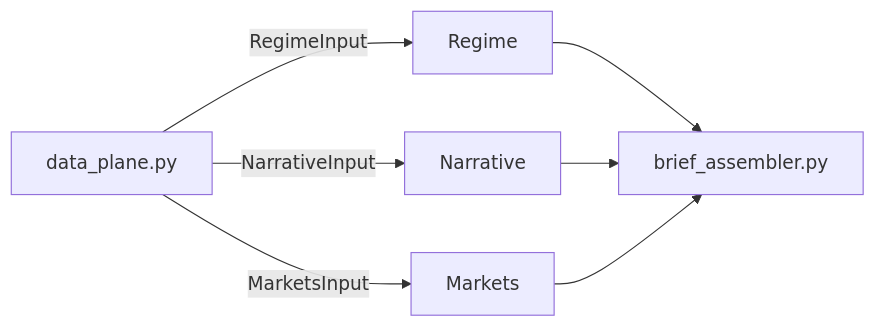
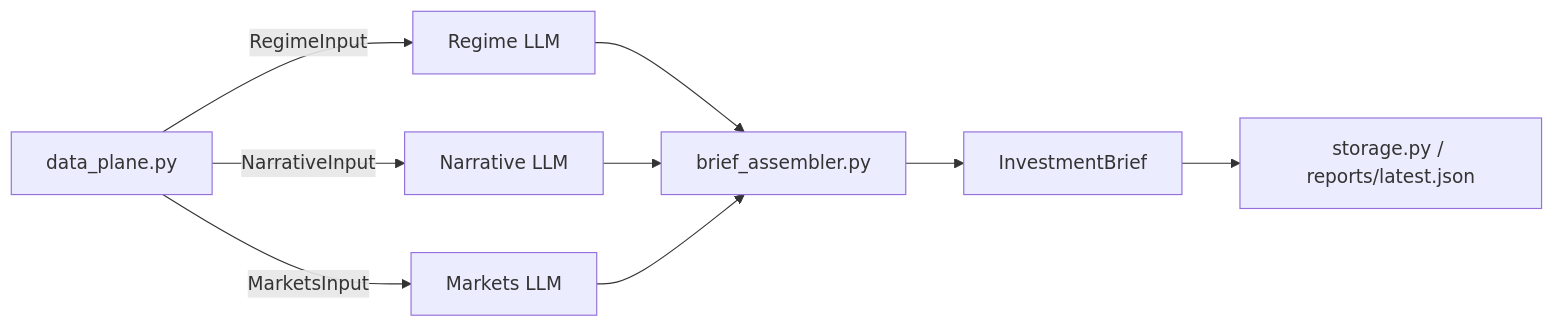
One commit to wanmingz/investment_agent changed the diagram in README.md. Above: the diagram before and after it, drawn with Mermaid. The commit also changed other lines of this file and 2 other files, not shown here.

````diff
--- a/README.md
+++ b/README.md
@@ -88,13 +93,15 @@
 ```mermaid
 flowchart LR
     DP[data_plane.py]
-    R[Regime]
-    N[Narrative]
-    M[Markets]
+    R[Regime LLM]
+    N[Narrative LLM]
+    M[Markets LLM]
     A[brief_assembler.py]
 
     DP -->|RegimeInput| R
     DP -->|NarrativeInput| N
     DP -->|MarketsInput| M
     R & N & M --> A
+    A --> B[InvestmentBrief]
+    B --> S[storage.py / reports/latest.json]
 ```
````
